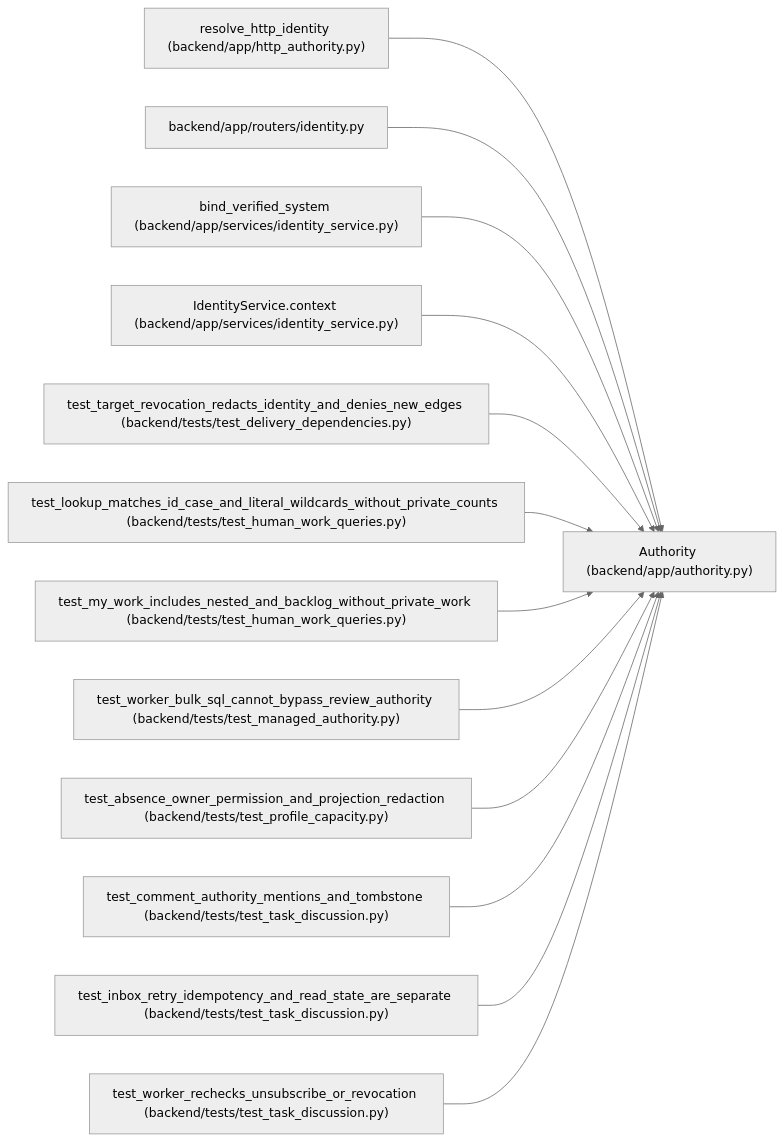
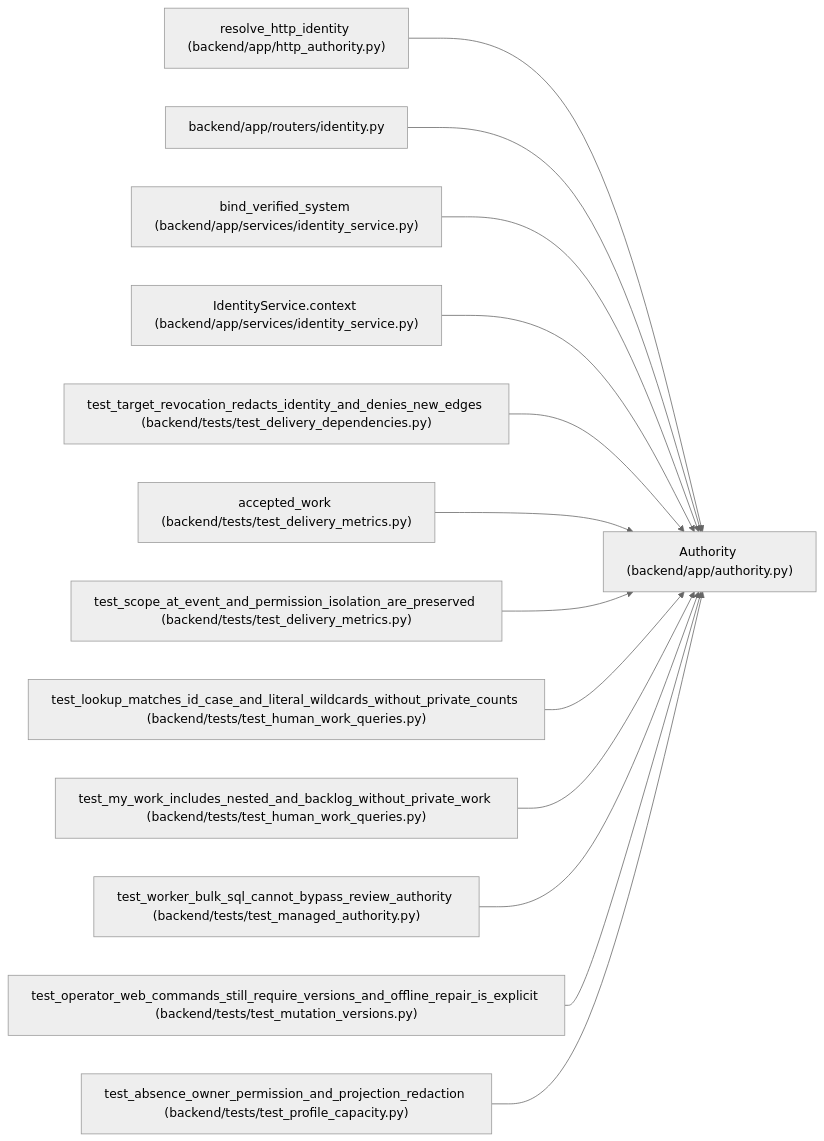
The diagram in docs/llm_wiki/entities/Authority.md (Denissvgn/WorkChord), drawn with Mermaid (neutral theme) before and after one commit. The commit also changed other lines of this file and 6624 other files, not shown here.

````diff
--- a/docs/llm_wiki/entities/Authority.md
+++ b/docs/llm_wiki/entities/Authority.md
@@ -45,41 +45,41 @@
 ```mermaid
 flowchart LR
     n0["Authority (backend/app/authority.py)"]
     n1["resolve_http_identity (backend/app/http_authority.py)"]
     n2["backend/app/routers/identity.py"]
     n3["bind_verified_system (backend/app/services/identity_service.py)"]
     n4["IdentityService.context (backend/app/services/identity_service.py)"]
     n5["test_target_revocation_redacts_identity_and_denies_new_edges (backend/tests/test_delivery_dependencies.py)"]
-    n6["test_lookup_matches_id_case_and_literal_wildcards_without_private_counts (backend/tests/test_human_work_queries.py)"]
-    n7["test_my_work_includes_nested_and_backlog_without_private_work (backend/tests/test_human_work_queries.py)"]
-    n8["test_worker_bulk_sql_cannot_bypass_review_authority (backend/tests/test_managed_authority.py)"]
-    n9["test_absence_owner_permission_and_projection_redaction (backend/tests/test_profile_capacity.py)"]
-    n10["test_comment_authority_mentions_and_tombstone (backend/tests/test_task_discussion.py)"]
-    n11["test_inbox_retry_idempotency_and_read_state_are_separate (backend/tests/test_task_discussion.py)"]
-    n12["test_worker_rechecks_unsubscribe_or_revocation (backend/tests/test_task_discussion.py)"]
+    n6["accepted_work (backend/tests/test_delivery_metrics.py)"]
+    n7["test_scope_at_event_and_permission_isolation_are_preserved (backend/tests/test_delivery_metrics.py)"]
+    n8["test_lookup_matches_id_case_and_literal_wildcards_without_private_counts (backend/tests/test_human_work_queries.py)"]
+    n9["test_my_work_includes_nested_and_backlog_without_private_work (backend/tests/test_human_work_queries.py)"]
+    n10["test_worker_bulk_sql_cannot_bypass_review_authority (backend/tests/test_managed_authority.py)"]
+    n11["test_operator_web_commands_still_require_versions_and_offline_repair_is_explicit (backend/tests/test_mutation_versions.py)"]
+    n12["test_absence_owner_permission_and_projection_redaction (backend/tests/test_profile_capacity.py)"]
     n1 --> n0
     n2 --> n0
     n3 --> n0
     n4 --> n0
     n5 --> n0
     n6 --> n0
     n7 --> n0
     n8 --> n0
     n9 --> n0
     n10 --> n0
     n11 --> n0
     n12 --> n0
     click n0 "../modules/authority.md"
     click n1 "../modules/http_authority.md"
     click n2 "../modules/routers_identity.md"
     click n3 "../modules/identity_service.md"
     click n4 "../modules/identity_service.md"
     click n5 "../modules/test_delivery_dependencies.md"
-    click n6 "../modules/test_human_work_queries.md"
-    click n7 "../modules/test_human_work_queries.md"
-    click n8 "../modules/test_managed_authority.md"
-    click n9 "../modules/test_profile_capacity.md"
-    click n10 "../modules/test_task_discussion.md"
-    click n11 "../modules/test_task_discussion.md"
-    click n12 "../modules/test_task_discussion.md"
+    click n6 "../modules/test_delivery_metrics.md"
+    click n7 "../modules/test_delivery_metrics.md"
+    click n8 "../modules/test_human_work_queries.md"
+    click n9 "../modules/test_human_work_queries.md"
+    click n10 "../modules/test_managed_authority.md"
+    click n11 "../modules/test_mutation_versions.md"
+    click n12 "../modules/test_profile_capacity.md"
 ```
````
